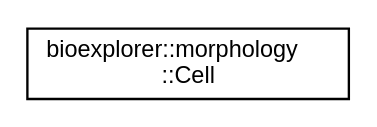
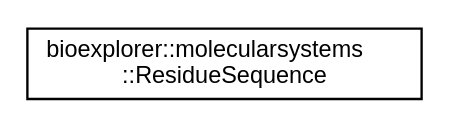
The diagram in docs/inherit_graph_91.dot (BlueBrain/BioExplorer), drawn with Graphviz before and after one commit. The commit also changed 1194 other files, not shown here.

```diff
--- a/docs/inherit_graph_91.dot
+++ b/docs/inherit_graph_91.dot
@@ -1,8 +1,8 @@
 digraph "Graphical Class Hierarchy"
 {
  // LATEX_PDF_SIZE
   edge [fontname="Helvetica",fontsize="10",labelfontname="Helvetica",labelfontsize="10"];
   node [fontname="Helvetica",fontsize="10",shape=record];
   rankdir="LR";
-  Node0 [label="bioexplorer::morphology\l::Cell",height=0.2,width=0.4,color="black", fillcolor="white", style="filled",URL="$d0/d2e/structbioexplorer_1_1morphology_1_1Cell.html",tooltip=" "];
+  Node0 [label="bioexplorer::molecularsystems\l::ResidueSequence",height=0.2,width=0.4,color="black", fillcolor="white", style="filled",URL="$d0/df4/structbioexplorer_1_1molecularsystems_1_1ResidueSequence.html",tooltip="Sequence of residues."];
 }
```
